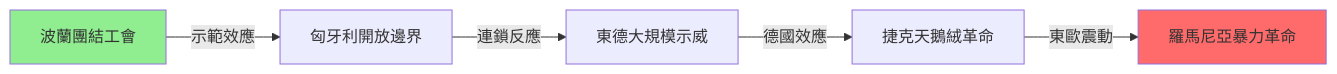
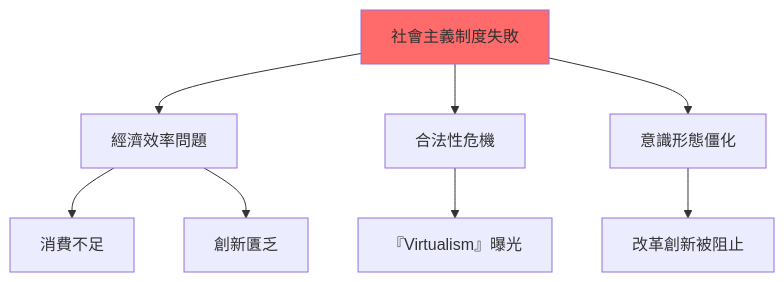
Before and after one commit to yip-lgtm/HKU-Harvard-History-Self-Study: the seventh of 10 diagrams in 01_HKU_Courses/HIST2152_Late_socialism.md, drawn with Mermaid. The commit also changed other lines of this file and 7 other files, not shown here.

````diff
--- a/01_HKU_Courses/HIST2152_Late_socialism.md
+++ b/01_HKU_Courses/HIST2152_Late_socialism.md
@@ -230,9 +293,11 @@
 ```mermaid
-graph LR
-    A["波蘭團結工會"] -->|"示範效應"| B["匈牙利開放邊界"]
-    B -->|"連鎖反應"| C["東德大規模示威"]
-    C -->|"德國效應"| D["捷克天鵝絨革命"]
-    D -->|"東歐震動"| E["羅馬尼亞暴力革命"]
-    style A fill:#90EE90
-    style E fill:#FF6B6B
+graph TD
+    A["社會主義制度失敗"] --> B["經濟效率問題"]
+    A --> C["合法性危機"]
+    A --> D["意識形態僵化"]
+    B --> E["消費不足"]
+    B --> F["創新匱乏"]
+    C --> G["『Virtualism』曝光"]
+    D --> H["改革創新被阻止"]
+    style A fill:#FF6B6B
 ```
````
